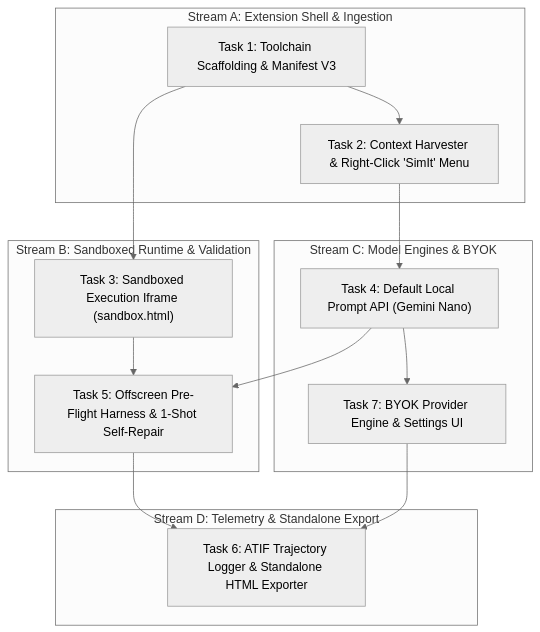
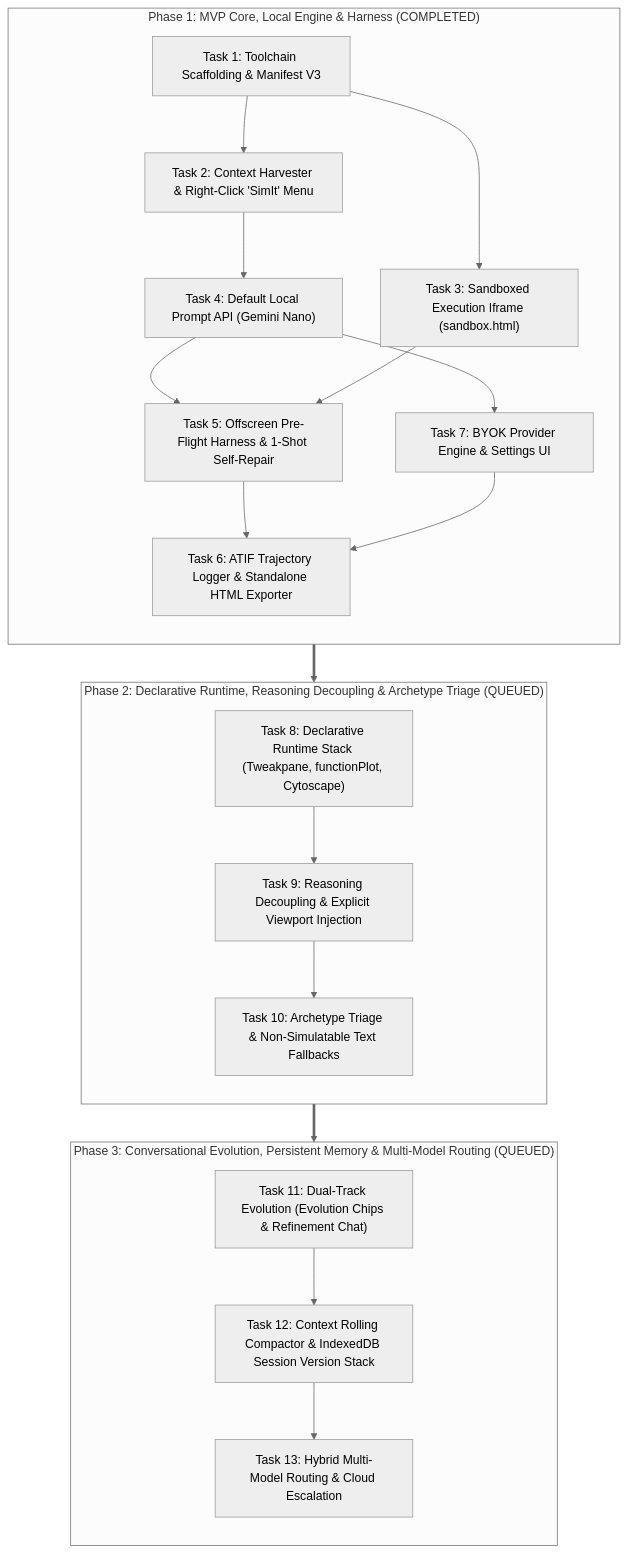
One commit to vmatrixdev/simit changed the diagram in docs/backlog/tasks.md. Above: the diagram before and after it, drawn with Mermaid (neutral theme). The commit also changed other lines of this file and 11 other files, not shown here.

Commit message:
docs & core: align specs with consolidated architecture and add dynamic viewport injection

````diff
--- a/docs/backlog/tasks.md
+++ b/docs/backlog/tasks.md
@@ -12,30 +11,34 @@
 ```mermaid
 flowchart TD
-    subgraph StreamA["Stream A: Extension Shell & Ingestion"]
+    subgraph P1["Phase 1: MVP Core, Local Engine & Harness (COMPLETED)"]
+        direction TB
         T1["Task 1: Toolchain Scaffolding & Manifest V3"]
         T2["Task 2: Context Harvester & Right-Click 'SimIt' Menu"]
-        T1 --> T2
+        T3["Task 3: Sandboxed Execution Iframe (sandbox.html)"]
+        T4["Task 4: Default Local Prompt API (Gemini Nano)"]
+        T5["Task 5: Offscreen Pre-Flight Harness & 1-Shot Self-Repair"]
+        T6["Task 6: ATIF Trajectory Logger & Standalone HTML Exporter"]
+        T7["Task 7: BYOK Provider Engine & Settings UI"]
+        T1 --> T2 --> T4 --> T5 --> T6
+        T1 --> T3 --> T5
+        T4 --> T7 --> T6
     end
 
-    subgraph StreamB["Stream B: Sandboxed Runtime & Validation"]
-        T3["Task 3: Sandboxed Execution Iframe (sandbox.html)"]
-        T5["Task 5: Offscreen Pre-Flight Harness & 1-Shot Self-Repair"]
-        T3 --> T5
+    subgraph P2["Phase 2: Declarative Runtime, Reasoning Decoupling & Archetype Triage (QUEUED)"]
+        direction TB
+        T8["Task 8: Declarative Runtime Stack (Tweakpane, functionPlot, Cytoscape)"]
+        T9["Task 9: Reasoning Decoupling & Explicit Viewport Injection"]
+        T10["Task 10: Archetype Triage & Non-Simulatable Text Fallbacks"]
+        T8 --> T9 --> T10
     end
 
-    subgraph StreamC["Stream C: Model Engines & BYOK"]
-        T4["Task 4: Default Local Prompt API (Gemini Nano)"]
-        T7["Task 7: BYOK Provider Engine & Settings UI"]
-        T4 --> T7
+    subgraph P3["Phase 3: Conversational Evolution, Persistent Memory & Multi-Model Routing (QUEUED)"]
+        direction TB
+        T11["Task 11: Dual-Track Evolution (Evolution Chips & Refinement Chat)"]
+        T12["Task 12: Context Rolling Compactor & IndexedDB Session Version Stack"]
+        T13["Task 13: Hybrid Multi-Model Routing & Cloud Escalation"]
+        T11 --> T12 --> T13
     end
 
-    subgraph StreamD["Stream D: Telemetry & Standalone Export"]
-        T6["Task 6: ATIF Trajectory Logger & Standalone HTML Exporter"]
-    end
-
-    T1 --> T3
-    T2 --> T4
-    T4 --> T5
-    T5 --> T6
-    T7 --> T6
+    P1 ==> P2 ==> P3
 ```
````
